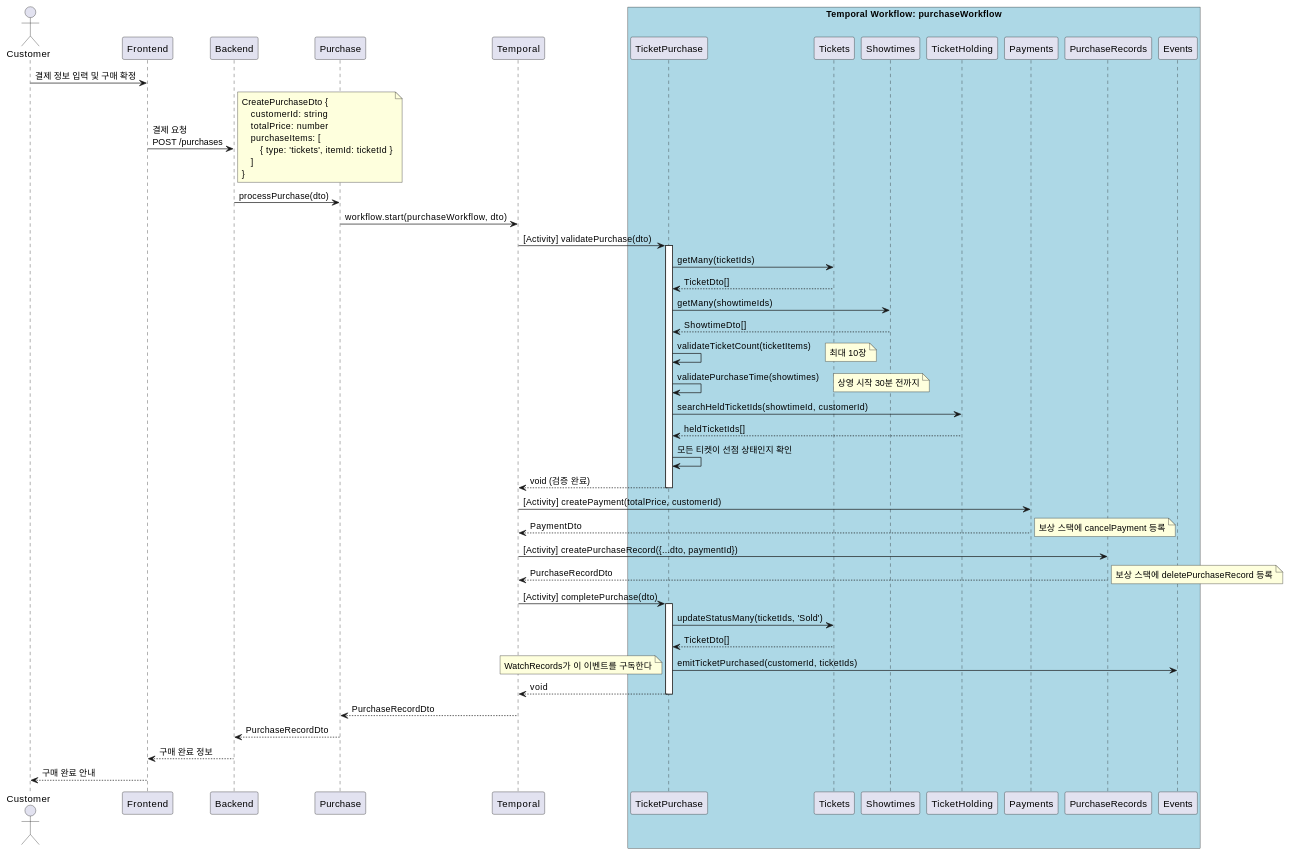
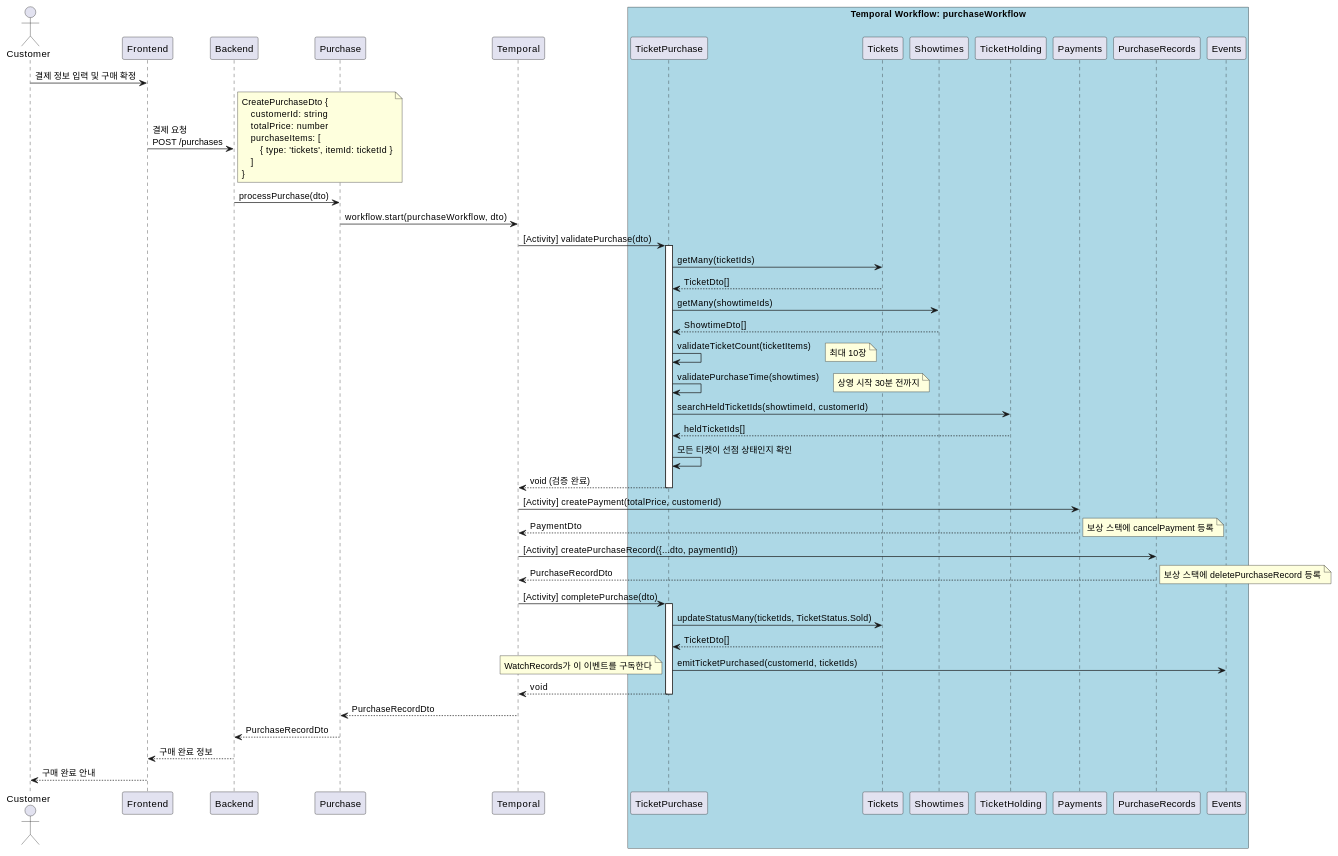
Before and after one commit to mannercode/nest-seed: the fourth of 5 diagrams in docs/designs/tickets-purchase.md, drawn with PlantUML. The commit also changed other lines of this file and 4 other files, not shown here.

````diff
--- a/docs/designs/tickets-purchase.md
+++ b/docs/designs/tickets-purchase.md
@@ -167,59 +167,59 @@
 ```plantuml
 @startuml
 actor Customer
 
 Customer -> Frontend: 결제 정보 입력 및 구매 확정
     Frontend -> Backend: 결제 요청\nPOST /purchases
     note right
     CreatePurchaseDto {
         customerId: string
         totalPrice: number
         purchaseItems: [
             { type: 'tickets', itemId: ticketId }
         ]
     }
     end note
         Backend -> Purchase: processPurchase(dto)
             Purchase -> Temporal: workflow.start(purchaseWorkflow, dto)
 
             box "Temporal Workflow: purchaseWorkflow" #LightBlue
                 Temporal -> TicketPurchase: [Activity] validatePurchase(dto)
                 activate TicketPurchase
                     TicketPurchase -> Tickets: getMany(ticketIds)
                     TicketPurchase <-- Tickets: TicketDto[]
                     TicketPurchase -> Showtimes: getMany(showtimeIds)
                     TicketPurchase <-- Showtimes: ShowtimeDto[]
                     TicketPurchase -> TicketPurchase: validateTicketCount(ticketItems)
                     note right: 최대 10장
                     TicketPurchase -> TicketPurchase: validatePurchaseTime(showtimes)
                     note right: 상영 시작 30분 전까지
                     TicketPurchase -> TicketHolding: searchHeldTicketIds(showtimeId, customerId)
                     TicketPurchase <-- TicketHolding: heldTicketIds[]
                     TicketPurchase -> TicketPurchase: 모든 티켓이 선점 상태인지 확인
                 Temporal <-- TicketPurchase: void (검증 완료)
                 deactivate TicketPurchase
 
                 Temporal -> Payments: [Activity] createPayment(totalPrice, customerId)
                 Temporal <-- Payments: PaymentDto
                 note right: 보상 스택에 cancelPayment 등록
 
                 Temporal -> PurchaseRecords: [Activity] createPurchaseRecord({...dto, paymentId})
                 Temporal <-- PurchaseRecords: PurchaseRecordDto
                 note right: 보상 스택에 deletePurchaseRecord 등록
 
                 Temporal -> TicketPurchase: [Activity] completePurchase(dto)
                 activate TicketPurchase
-                    TicketPurchase -> Tickets: updateStatusMany(ticketIds, 'Sold')
+                    TicketPurchase -> Tickets: updateStatusMany(ticketIds, TicketStatus.Sold)
                     TicketPurchase <-- Tickets: TicketDto[]
                     TicketPurchase -> Events: emitTicketPurchased(customerId, ticketIds)
                     note left: WatchRecords가 이 이벤트를 구독한다
                 Temporal <-- TicketPurchase: void
                 deactivate TicketPurchase
             end box
 
             Purchase <-- Temporal: PurchaseRecordDto
         Backend <-- Purchase: PurchaseRecordDto
     Frontend <-- Backend: 구매 완료 정보
 Customer <-- Frontend: 구매 완료 안내
 @enduml
 ```
````
